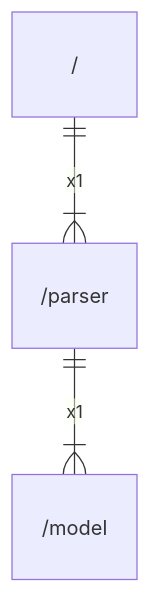
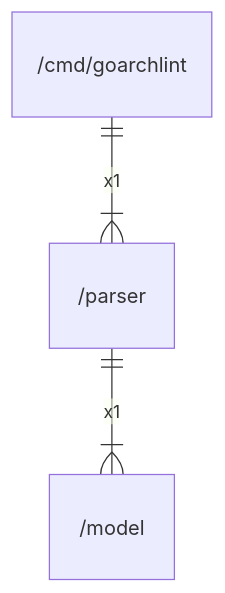
Before and after one commit to gbh007/goarchlint: the diagram in doc/arch/parser.md, drawn with Mermaid. The commit also changed other lines of this file and 11 other files, not shown here.

````diff
--- a/doc/arch/parser.md
+++ b/doc/arch/parser.md
@@ -29,5 +29,5 @@
 ```mermaid
 erDiagram
-    "/" ||--|{ "/parser" : x1
+    "/cmd/goarchlint" ||--|{ "/parser" : x1
     "/parser" ||--|{ "/model" : x1
 ```
````
